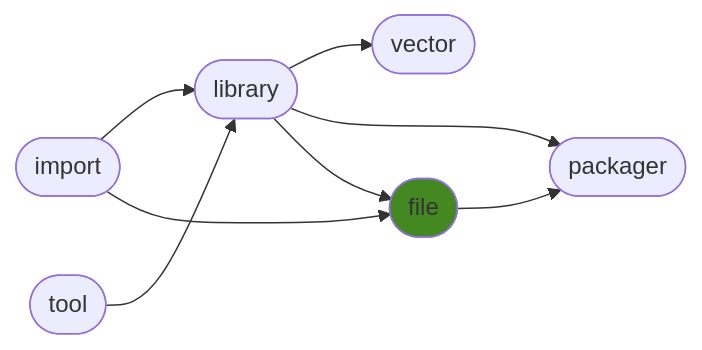
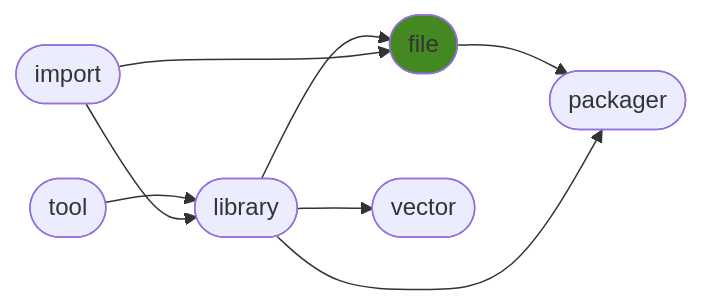
One commit to ManderaGeneral/generalfile changed the diagram in README.md. Above: the diagram before and after it, drawn with Mermaid. The commit also changed other lines of this file, not shown here.

````diff
--- a/README.md
+++ b/README.md
@@ -24,17 +24,17 @@
 ```mermaid
 flowchart LR
 3([file]) --> 5([packager])
+2([library]) --> 4([vector])
+2([library]) --> 5([packager])
 1([tool]) --> 2([library])
-2([library]) --> 4([vector])
-0([import]) --> 2([library])
-2([library]) --> 5([packager])
 2([library]) --> 3([file])
 0([import]) --> 3([file])
+0([import]) --> 2([library])
 click 0 "https://github.com/ManderaGeneral/generalimport"
 click 1 "https://github.com/ManderaGeneral/generaltool"
 click 2 "https://github.com/ManderaGeneral/generallibrary"
 click 3 "https://github.com/ManderaGeneral/generalfile"
 click 4 "https://github.com/ManderaGeneral/generalvector"
 click 5 "https://github.com/ManderaGeneral/generalpackager"
 style 3 fill:#482
 ```
````
